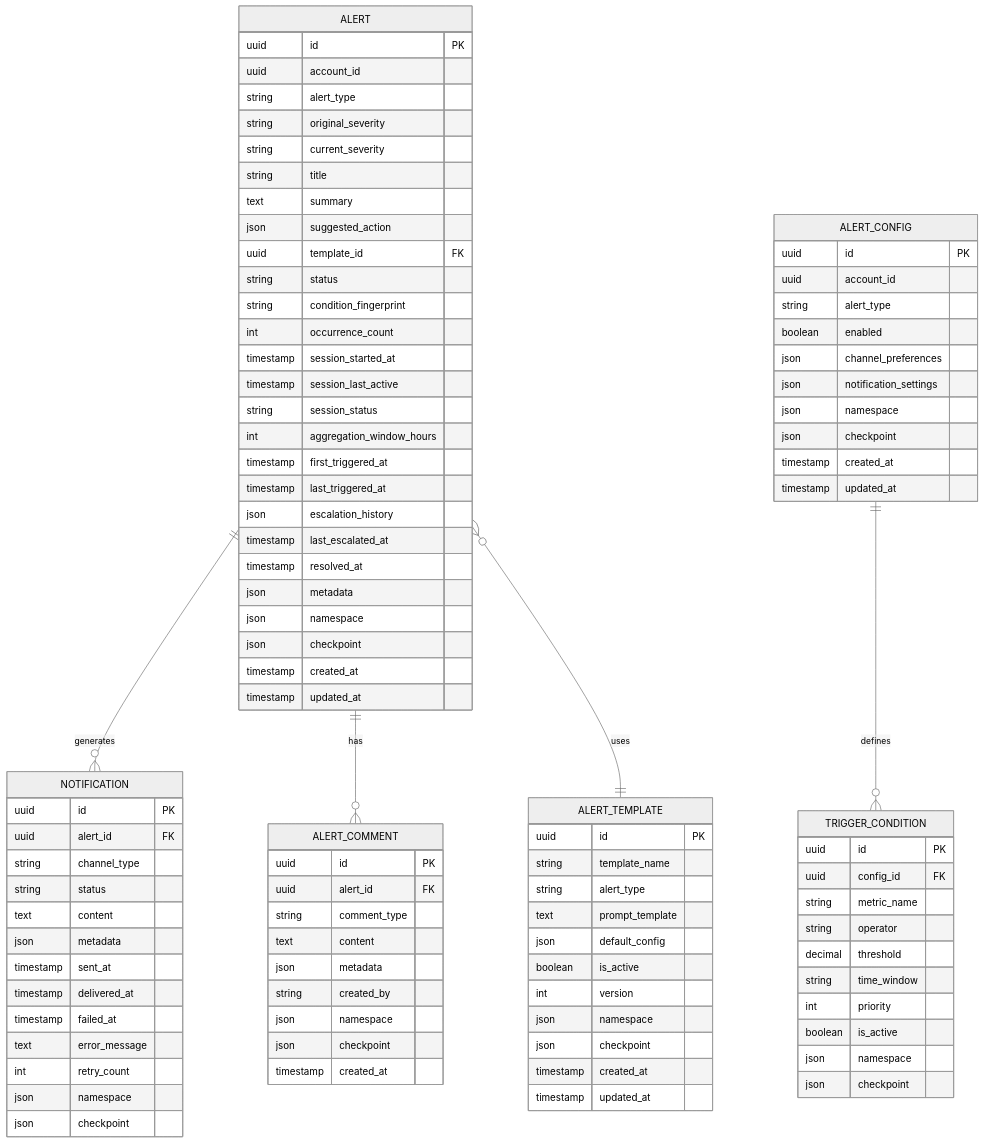
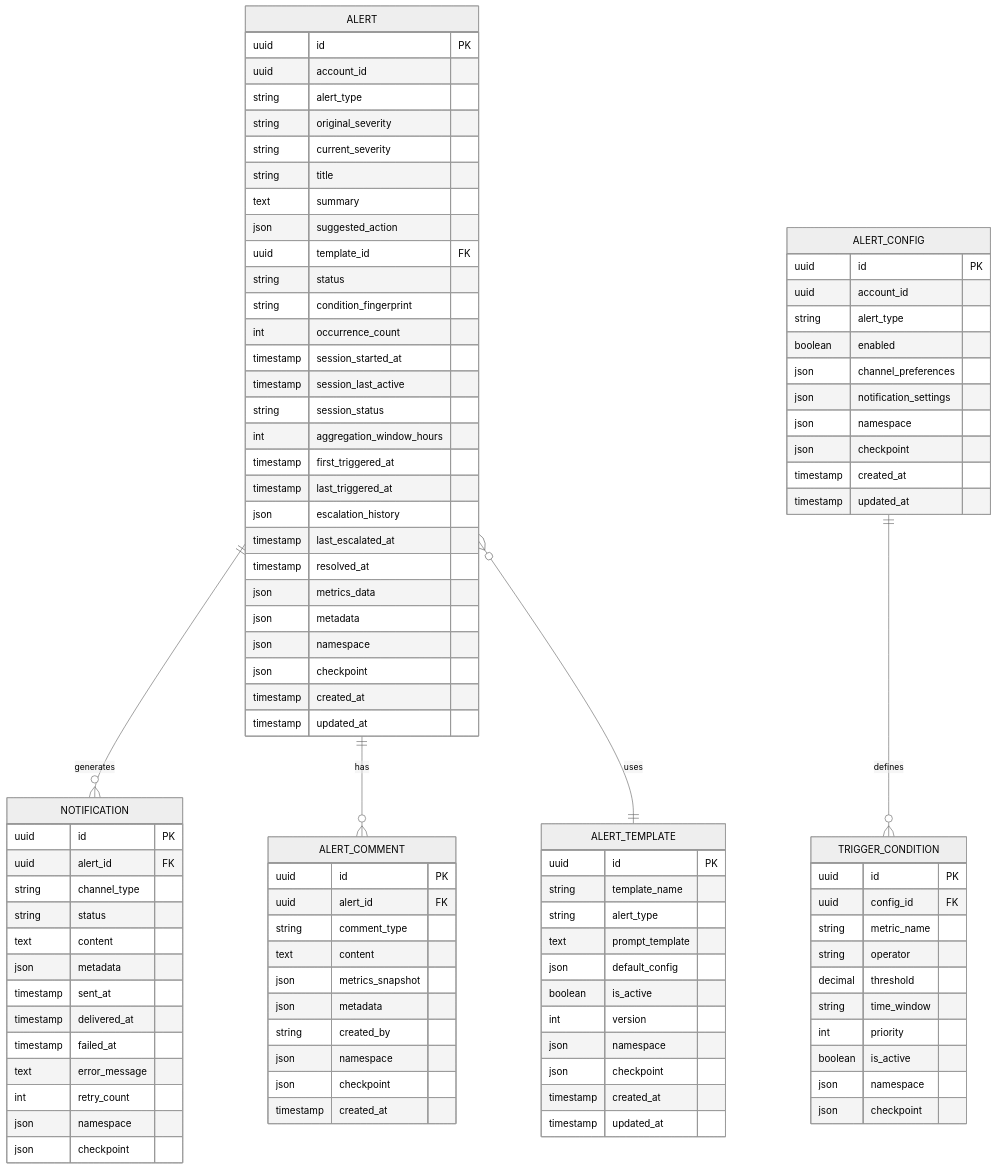
The ninth of 10 diagrams in AlertSystemDesign_CN.md (smarttttttt/AwxSentinel), drawn with Mermaid (neutral theme) before and after one commit. The commit also changed other lines of this file and 1 other file, not shown here.

First line of the commit message:
refactor: clarify field semantics by separating metrics and metadata

```diff
--- a/AlertSystemDesign_CN.md
+++ b/AlertSystemDesign_CN.md
@@ -577,6 +577,7 @@
         json escalation_history
         timestamp last_escalated_at
         timestamp resolved_at
+        json metrics_data
         json metadata
         json namespace
         json checkpoint
@@ -589,6 +590,7 @@
         uuid alert_id FK
         string comment_type
         text content
+        json metrics_snapshot
         json metadata
         string created_by
         json namespace
```
